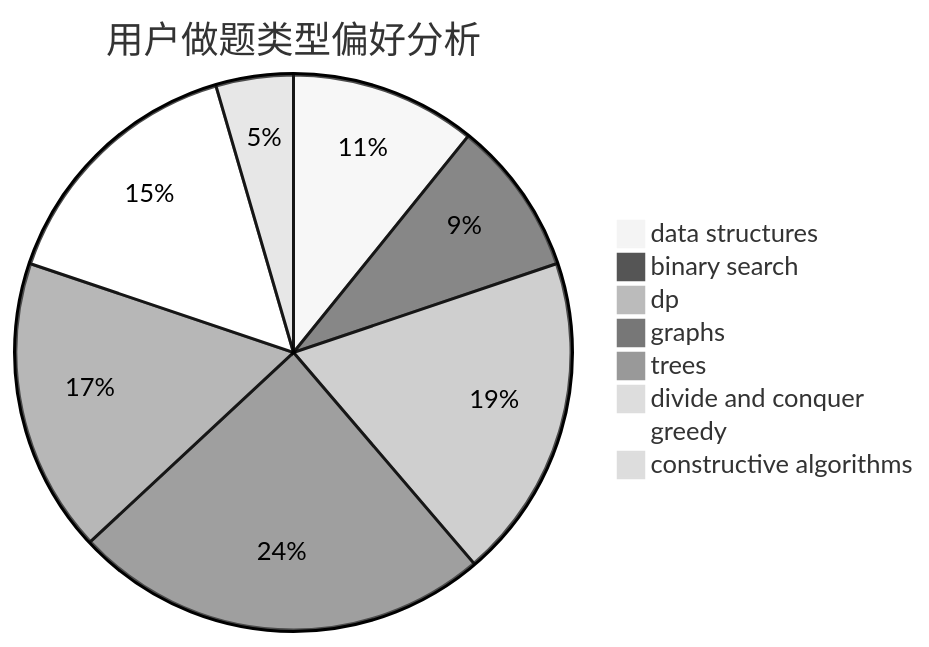
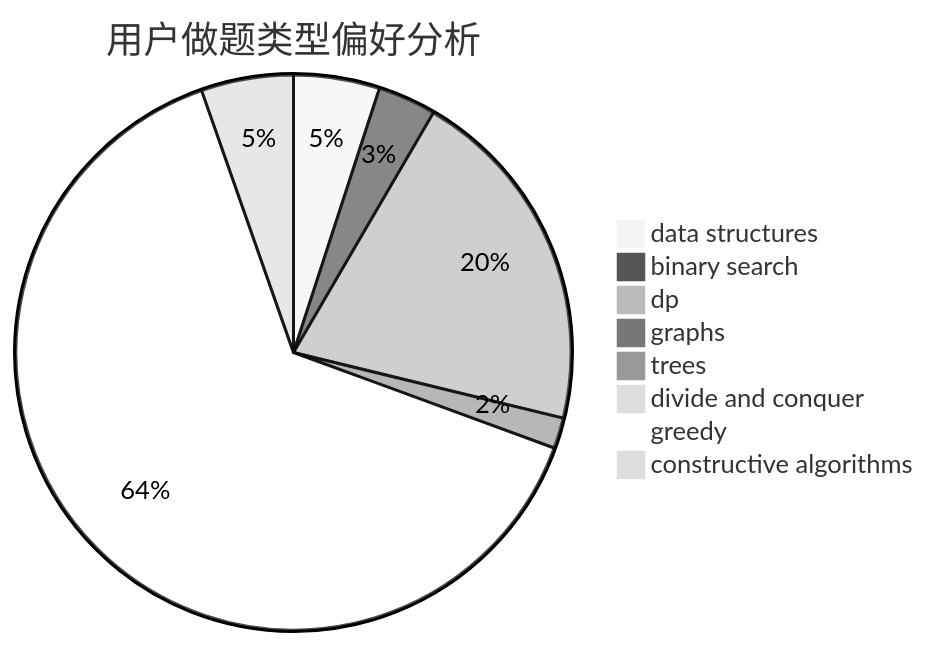
Before and after one commit to sherpahu/cfrs.github.io: the second of 3 diagrams in docs/user/u1859.md, drawn with Mermaid (neutral theme). The commit also changed other lines of this file and 2770 other files, not shown here.

````diff
--- a/docs/user/u1859.md
+++ b/docs/user/u1859.md
@@ -23,11 +23,11 @@
 ```mermaid
 pie title 用户做题类型偏好分析
-    "data structures" :  12
-    "binary search" :  10
-    "dp" :  21
-    "graphs" :  27
-    "trees" :  19
+    "data structures" :  28
+    "binary search" :  19
+    "dp" :  114
+    "graphs" :  1
+    "trees" :  10
     "divide and conquer" :  0
-    "greedy" :  17
-    "constructive algorithms" :  5
+    "greedy" :  358
+    "constructive algorithms" :  30
 ```
````
